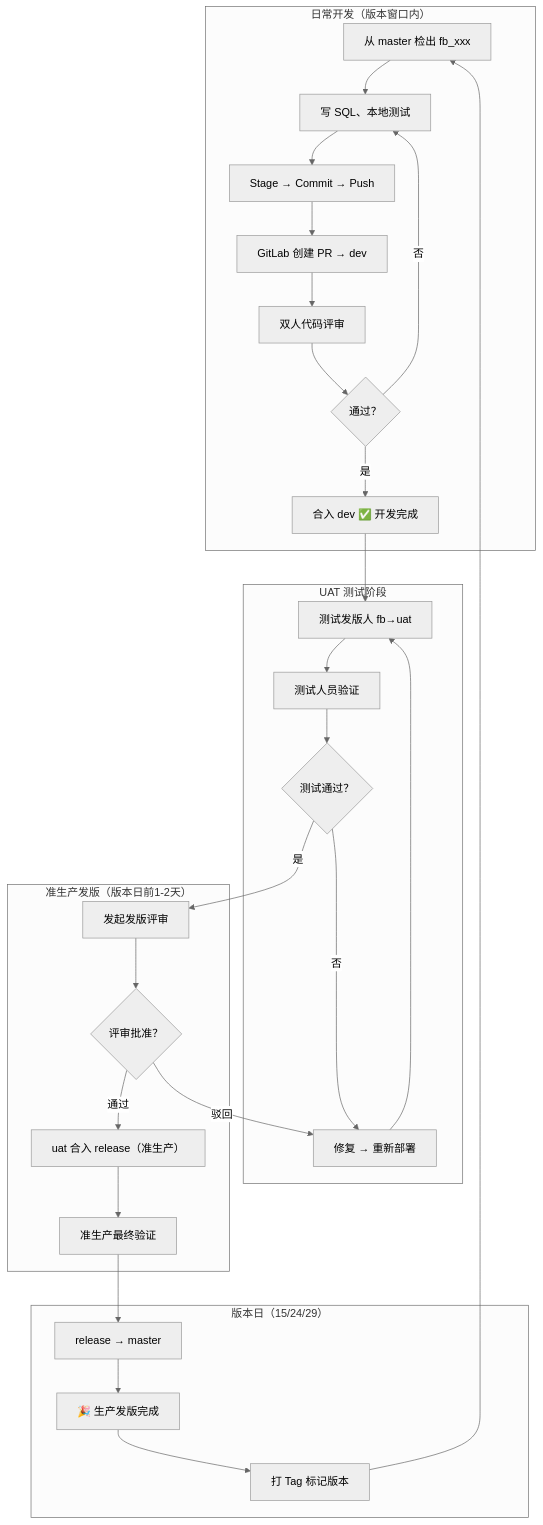
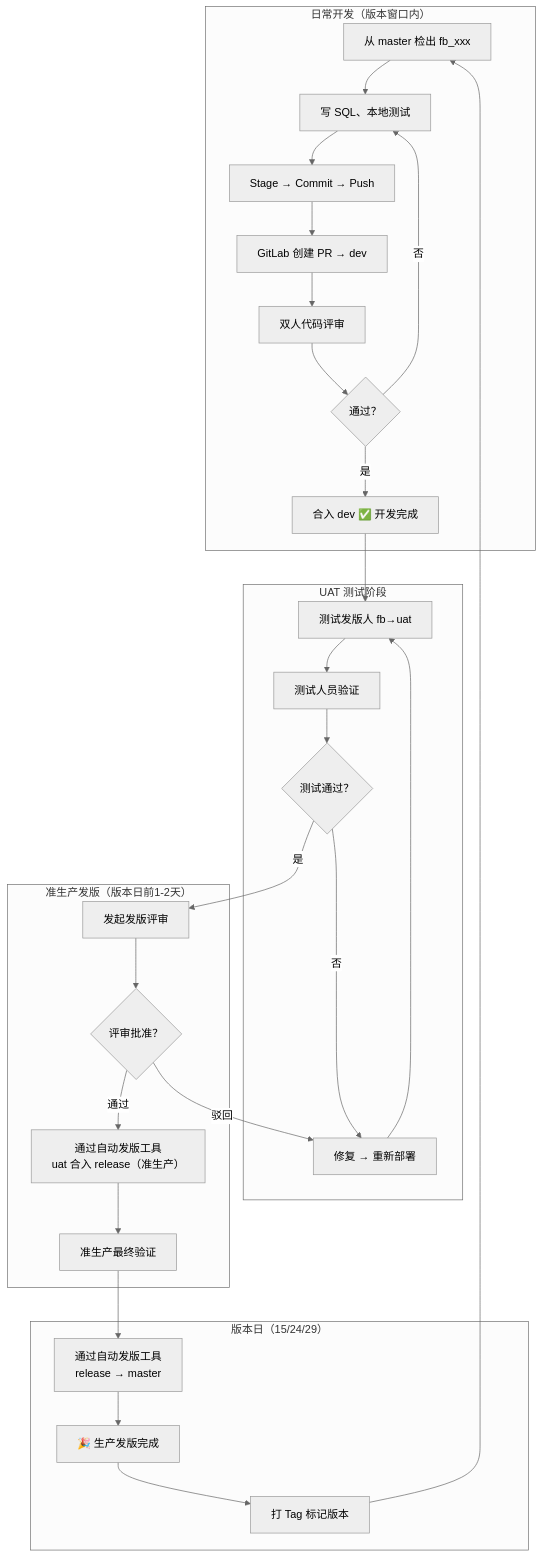
Diagram 19 of 19 in docs/learn/VSCodeEx/2026-07-11-vscode-git-guide.md (livebug/vpblogs), drawn with Mermaid (neutral theme) before and after one commit. The commit also changed other lines of this file, not shown here.

Commit message:
docs: VSCodeEx - 时序图与流程图中标注自动发版工具

````diff
--- a/docs/learn/VSCodeEx/2026-07-11-vscode-git-guide.md
+++ b/docs/learn/VSCodeEx/2026-07-11-vscode-git-guide.md
@@ -774,35 +774,35 @@
 ```mermaid
 flowchart TD
     subgraph "日常开发（版本窗口内）"
         A["从 master 检出 fb_xxx"] --> B["写 SQL、本地测试"]
         B --> C["Stage → Commit → Push"]
         C --> D["GitLab 创建 PR → dev"]
         D --> E["双人代码评审"]
         E --> F{"通过？"}
         F -->|"否"| B
         F -->|"是"| G["合入 dev ✅ 开发完成"]
     end
     
     subgraph "UAT 测试阶段"
         G --> H["测试发版人 fb→uat"]
         H --> I["测试人员验证"]
         I --> J{"测试通过？"}
         J -->|"否"| K["修复 → 重新部署"]
         K --> H
     end
     
     subgraph "准生产发版（版本日前1-2天）"
         J -->|"是"| L["发起发版评审"]
         L --> M{"评审批准？"}
         M -->|"驳回"| K
-        M -->|"通过"| N["uat 合入 release（准生产）"]
+        M -->|"通过"| N["通过自动发版工具<br/>uat 合入 release（准生产）"]
         N --> O["准生产最终验证"]
     end
     
     subgraph "版本日（15/24/29）"
-        O --> P["release → master"]
+        O --> P["通过自动发版工具<br/>release → master"]
         P --> Q["🎉 生产发版完成"]
         Q --> R["打 Tag 标记版本"]
         R --> A
     end
 ```
````
